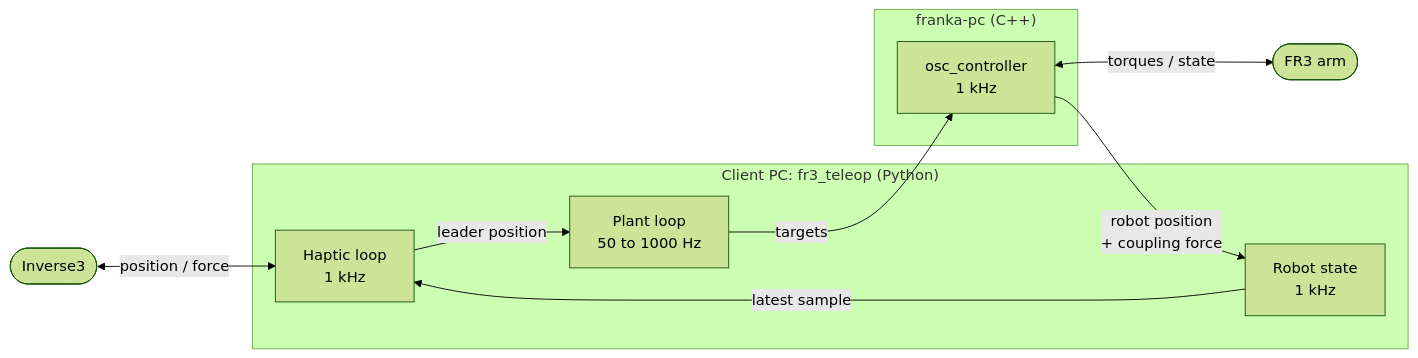
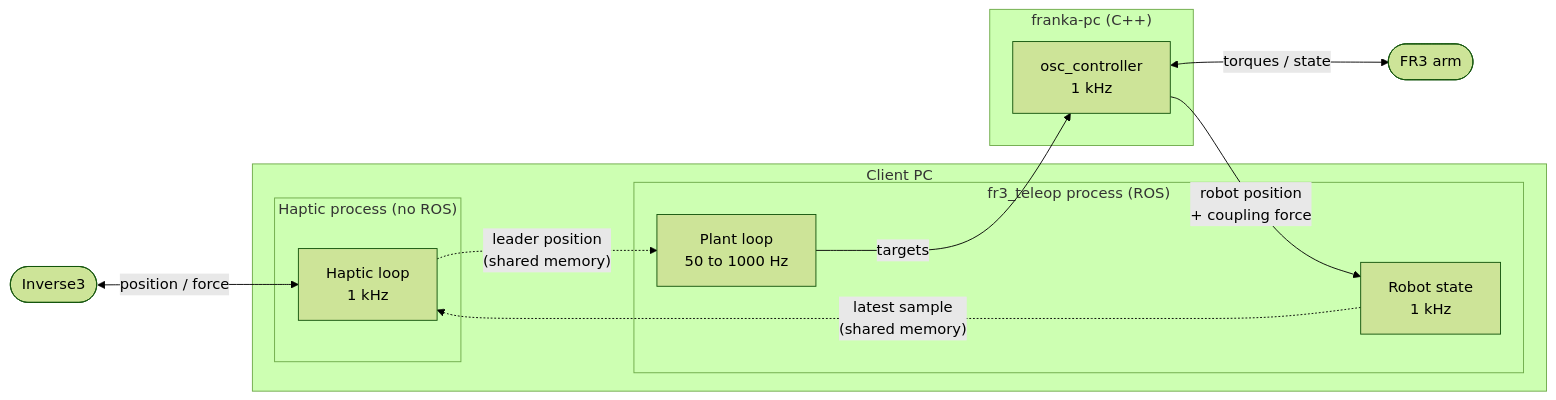
One commit to McGill-Applied-Dynamics-Lab/adl-ros2 changed the diagram in docs/franka-client/haptic-teleop.md. Above: the diagram before and after it, drawn with Mermaid (forest theme). The commit also changed other lines of this file and 8 other files, not shown here.

First line of the commit message:
fr3_teleop: haptic loop in its own process (haptic_teleop.HapticProcess)

````diff
--- a/docs/franka-client/haptic-teleop.md
+++ b/docs/franka-client/haptic-teleop.md
@@ -10,23 +10,27 @@
 ```mermaid
 flowchart LR
     I3(["Inverse3"])
 
-    subgraph CLIENT["Client PC: fr3_teleop (Python)"]
-        H["Haptic loop<br/>1 kHz"]
-        P["Plant loop<br/>50 to 1000 Hz"]
-        S["Robot state<br/>1 kHz"]
+    subgraph CLIENT["Client PC"]
+        subgraph HP["Haptic process (no ROS)"]
+            H["Haptic loop<br/>1 kHz"]
+        end
+        subgraph RP["fr3_teleop process (ROS)"]
+            P["Plant loop<br/>50 to 1000 Hz"]
+            S["Robot state<br/>1 kHz"]
+        end
     end
 
     subgraph SERVER["franka-pc (C++)"]
         OSC["osc_controller<br/>1 kHz"]
     end
 
     FR3(["FR3 arm"])
 
     I3 <-->|"position / force"| H
-    H -->|"leader position"| P
+    H -.->|"leader position<br/>(shared memory)"| P
     P -->|"targets"| OSC
     OSC <-->|"torques / state"| FR3
     OSC -->|"robot position<br/>+ coupling force"| S
-    S -->|"latest sample"| H
+    S -.->|"latest sample<br/>(shared memory)"| H
 ```
````
